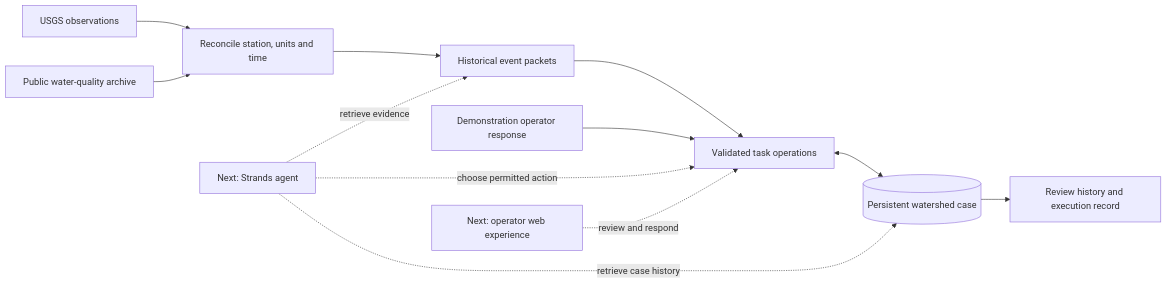
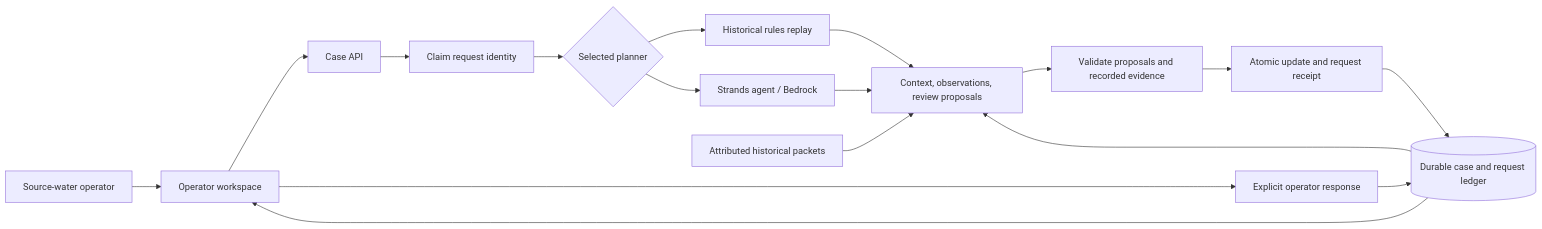
Before and after one commit to aistanbulresearch/watershed-memory: the diagram in docs/ARCHITECTURE.md, drawn with Mermaid. The commit also changed other lines of this file and 27 other files, not shown here.

Commit message:
feat: build the persistent operator workspace

````diff
--- a/docs/ARCHITECTURE.md
+++ b/docs/ARCHITECTURE.md
@@ -5,14 +5,19 @@
 ```mermaid
 flowchart LR
-    A[USGS observations] --> C[Reconcile station, units and time]
-    B[Public water-quality archive] --> C
-    C --> D[Historical event packets]
-    D --> E[Validated task operations]
-    E <--> F[(Persistent watershed case)]
-    G[Demonstration operator response] --> E
-    F --> H[Review history and execution record]
-    I[Next: Strands agent] -. retrieve evidence .-> D
-    I -. retrieve case history .-> F
-    I -. choose permitted action .-> E
-    J[Next: operator web experience] -. review and respond .-> E
+    O[Source-water operator] --> UI[Operator workspace]
+    UI --> API[Case API]
+    API --> Claim[Claim request identity]
+    Claim --> Planner{Selected planner}
+    Planner --> Rules[Historical rules replay]
+    Planner --> Strands[Strands agent / Bedrock]
+    Rules --> Tools[Context, observations, review proposals]
+    Strands --> Tools
+    Archive[Attributed historical packets] --> Tools
+    DB[(Durable case and request ledger)] --> Tools
+    Tools --> Validate[Validate proposals and recorded evidence]
+    Validate --> Commit[Atomic update and request receipt]
+    Commit --> DB
+    DB --> UI
+    UI --> Response[Explicit operator response]
+    Response --> DB
 ```
````
